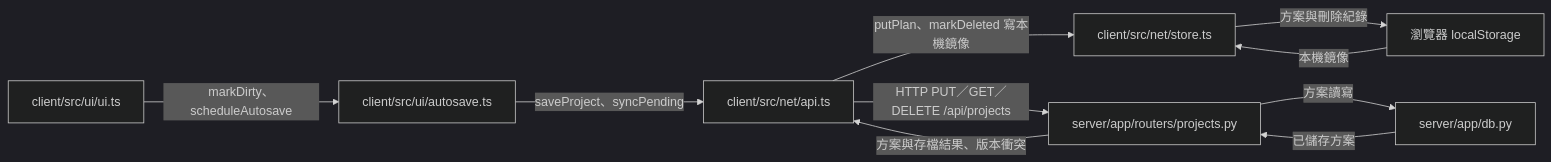
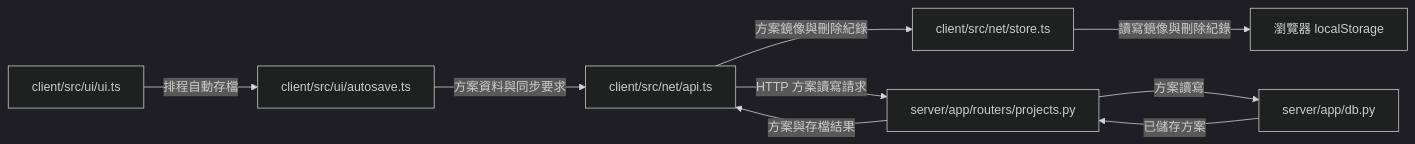
Before and after one commit to bruuucechang/interiordesign: the third of 4 diagrams in README.md, drawn with Mermaid (dark theme). The commit also changed other lines of this file, not shown here.

````diff
--- a/README.md
+++ b/README.md
@@ -65,12 +65,11 @@
 ```mermaid
 flowchart LR
-    UI["client/src/ui/ui.ts"] -->|"markDirty、scheduleAutosave"| Auto["client/src/ui/autosave.ts"]
-    Auto -->|"saveProject、syncPending"| API["client/src/net/api.ts"]
-    API -->|"putPlan、markDeleted 寫本機鏡像"| Store["client/src/net/store.ts"]
-    Store -->|方案與刪除紀錄| Local["瀏覽器 localStorage"]
-    Local -->|本機鏡像| Store
-    API -->|"HTTP PUT／GET／DELETE /api/projects"| Projects["server/app/routers/projects.py"]
+    UI["client/src/ui/ui.ts"] -->|排程自動存檔| Auto["client/src/ui/autosave.ts"]
+    Auto -->|方案資料與同步要求| API["client/src/net/api.ts"]
+    API -->|方案鏡像與刪除紀錄| Store["client/src/net/store.ts"]
+    Store -->|讀寫鏡像與刪除紀錄| Local["瀏覽器 localStorage"]
+    API -->|HTTP 方案讀寫請求| Projects["server/app/routers/projects.py"]
     Projects -->|方案讀寫| DB["server/app/db.py"]
     DB -->|已儲存方案| Projects
-    Projects -->|方案與存檔結果、版本衝突| API
+    Projects -->|方案與存檔結果| API
 ```
````
